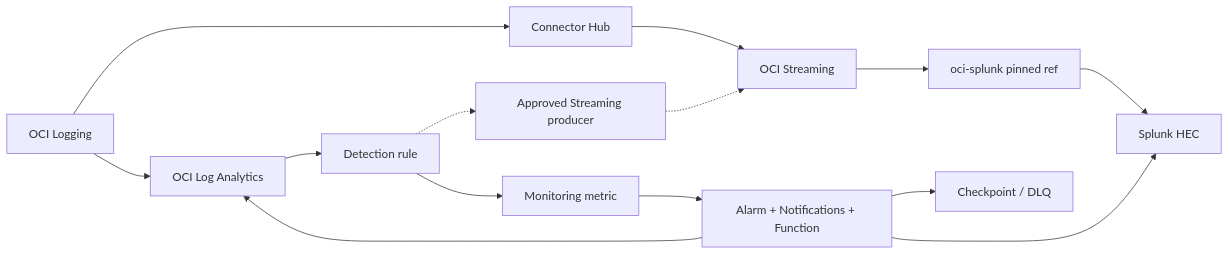
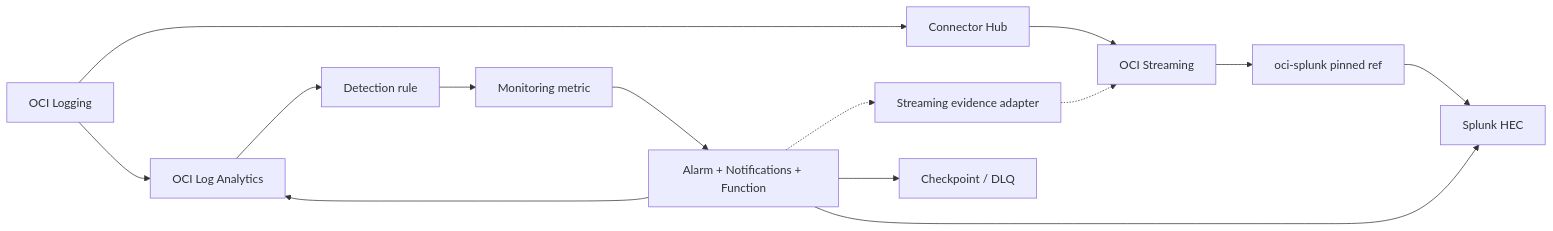
The first of 3 diagrams in README.md (adibirzu/oci-log-analytics-detections), drawn with Mermaid before and after one commit. The commit also changed other lines of this file and 760 other files, not shown here.

````diff
--- a/README.md
+++ b/README.md
@@ -46,16 +49,16 @@
 ```mermaid
 flowchart LR
   LOG[OCI Logging] --> LA[OCI Log Analytics]
   LOG --> SCH[Connector Hub]
   SCH --> STREAM[OCI Streaming]
   STREAM --> RAW[oci-splunk pinned ref]
   RAW --> HEC[Splunk HEC]
   LA --> DET[Detection rule]
-  DET -.-> PUB[Approved Streaming producer]
-  PUB -.-> STREAM
   DET --> METRIC[Monitoring metric]
   METRIC --> FN[Alarm + Notifications + Function]
   FN --> LA
   FN --> HEC
+  FN -.-> PUB[Streaming evidence adapter]
+  PUB -.-> STREAM
   FN --> STATE[Checkpoint / DLQ]
 ```
````
